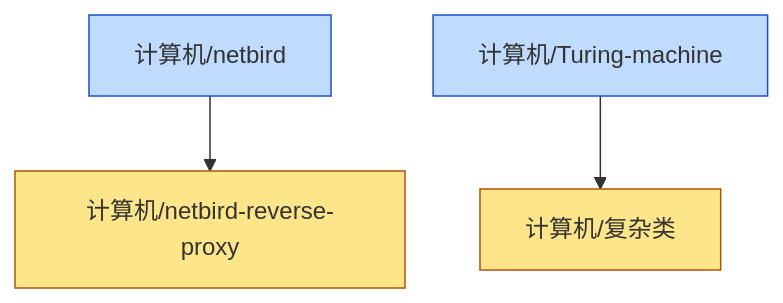
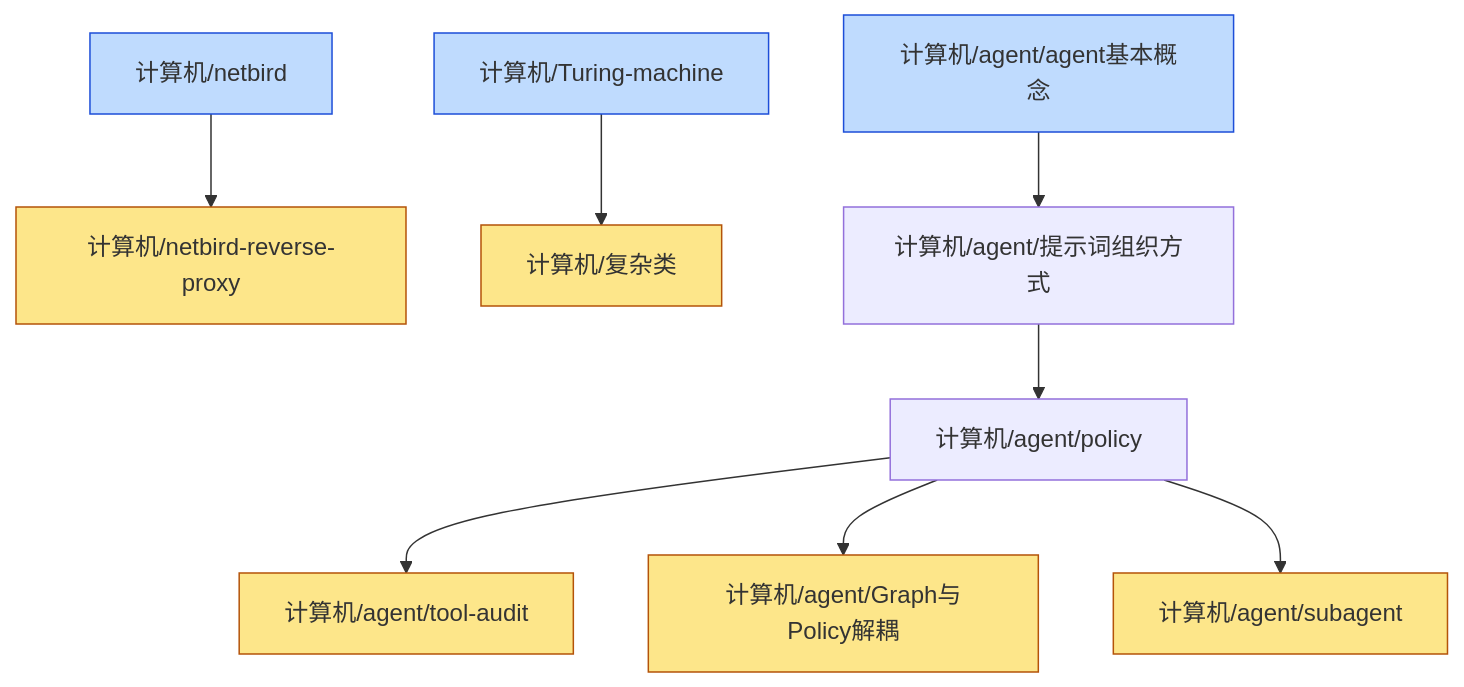
One commit to zeroDtree/zeroDtree.github.io changed the diagram in content/计算机/dependency_graph.md. Above: the diagram before and after it, drawn with Mermaid. The commit also changed 9 other files, not shown here.

````diff
--- a/content/计算机/dependency_graph.md
+++ b/content/计算机/dependency_graph.md
@@ -1,9 +1,14 @@
 ```mermaid
 graph TD
 1["计算机/netbird"] --> 0["计算机/netbird-reverse-proxy"]
 3["计算机/Turing-machine"] --> 2["计算机/复杂类"]
+5["计算机/agent/policy"] --> 4["计算机/agent/tool-audit"]
+5["计算机/agent/policy"] --> 6["计算机/agent/Graph与Policy解耦"]
+5["计算机/agent/policy"] --> 7["计算机/agent/subagent"]
+9["计算机/agent/agent基本概念"] --> 8["计算机/agent/提示词组织方式"]
+8["计算机/agent/提示词组织方式"] --> 5["计算机/agent/policy"]
 classDef leaf fill:#fde68a,stroke:#b45309
-class 0,2 leaf
+class 0,2,4,6,7 leaf
 classDef root fill:#bfdbfe,stroke:#1d4ed8
-class 1,3 root
+class 1,3,9 root
 ```
````
